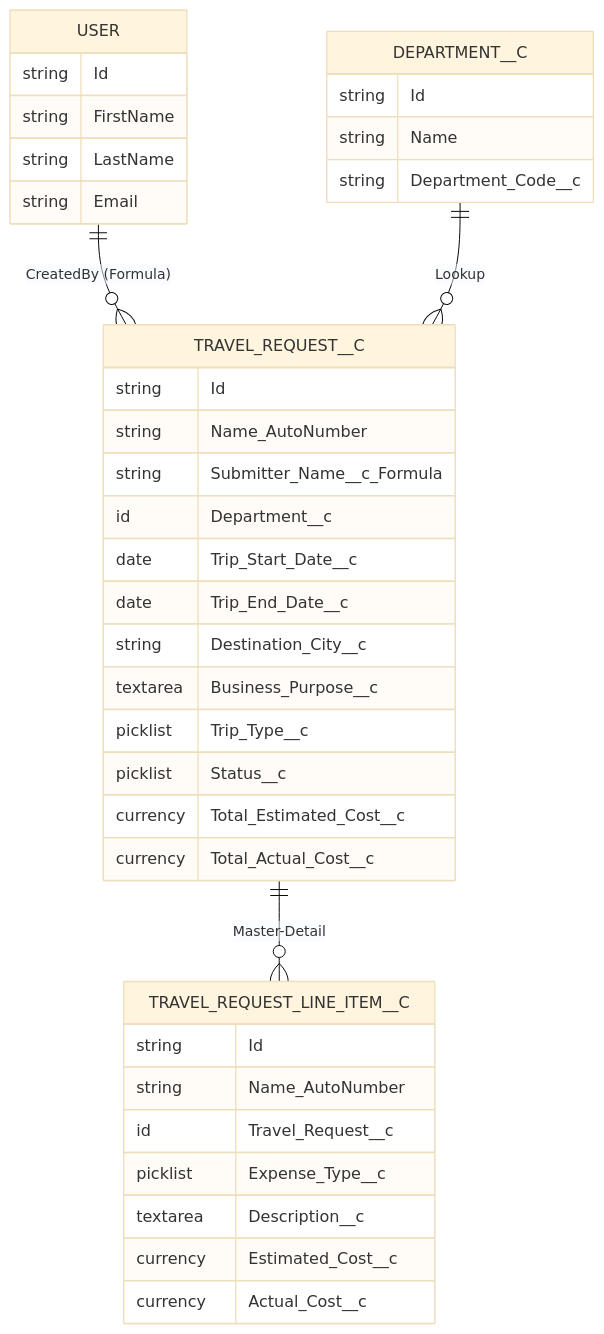
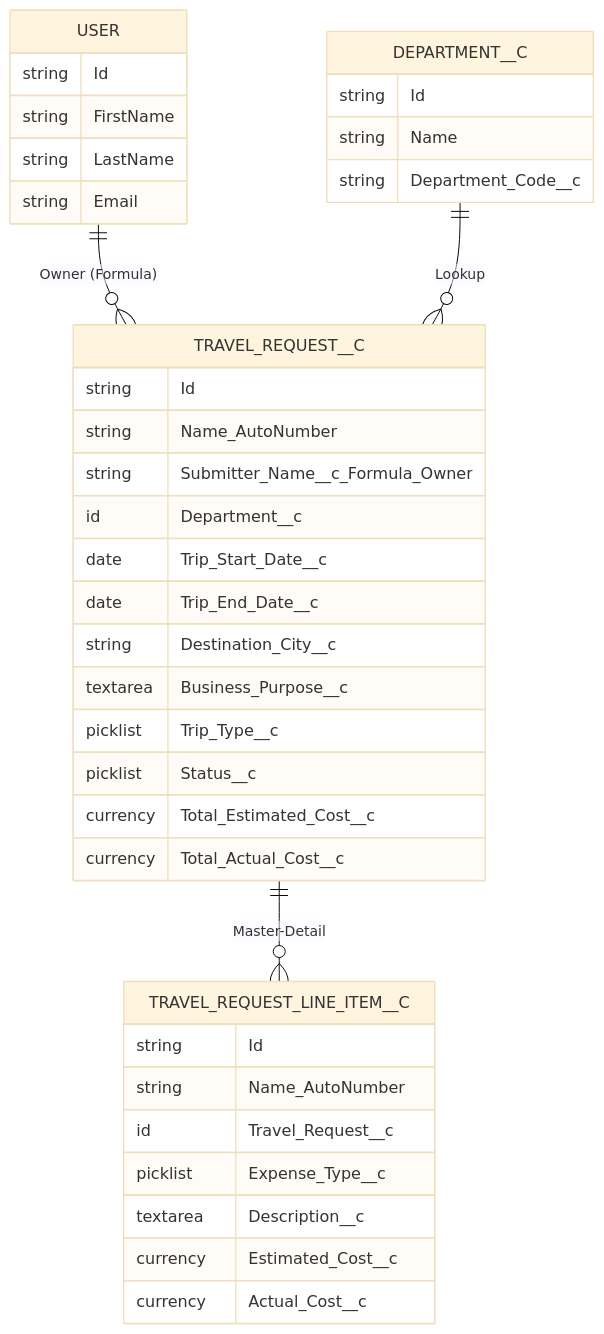
Before and after one commit to bmurphCRM/travel-request-app: the first of 2 diagrams in README.md, drawn with Mermaid (base theme). The commit also changed other lines of this file, not shown here.

Commit message:
docs: update README v1.2 with 500 sample records and Submitter_Name formula change

````diff
--- a/README.md
+++ b/README.md
@@ -62,41 +63,41 @@
 ```mermaid
 erDiagram
     USER {
         string Id
         string FirstName
         string LastName
         string Email
     }
     DEPARTMENT__C {
         string Id
         string Name
         string Department_Code__c
     }
     TRAVEL_REQUEST__C {
         string Id
         string Name_AutoNumber
-        string Submitter_Name__c_Formula
+        string Submitter_Name__c_Formula_Owner
         id Department__c
         date Trip_Start_Date__c
         date Trip_End_Date__c
         string Destination_City__c
         textarea Business_Purpose__c
         picklist Trip_Type__c
         picklist Status__c
         currency Total_Estimated_Cost__c
         currency Total_Actual_Cost__c
     }
     TRAVEL_REQUEST_LINE_ITEM__C {
         string Id
         string Name_AutoNumber
         id Travel_Request__c
         picklist Expense_Type__c
         textarea Description__c
         currency Estimated_Cost__c
         currency Actual_Cost__c
     }
 
-    USER ||--o{ TRAVEL_REQUEST__C : "CreatedBy (Formula)"
+    USER ||--o{ TRAVEL_REQUEST__C : "Owner (Formula)"
     DEPARTMENT__C ||--o{ TRAVEL_REQUEST__C : "Lookup"
     TRAVEL_REQUEST__C ||--o{ TRAVEL_REQUEST_LINE_ITEM__C : "Master-Detail"
 ```
````
